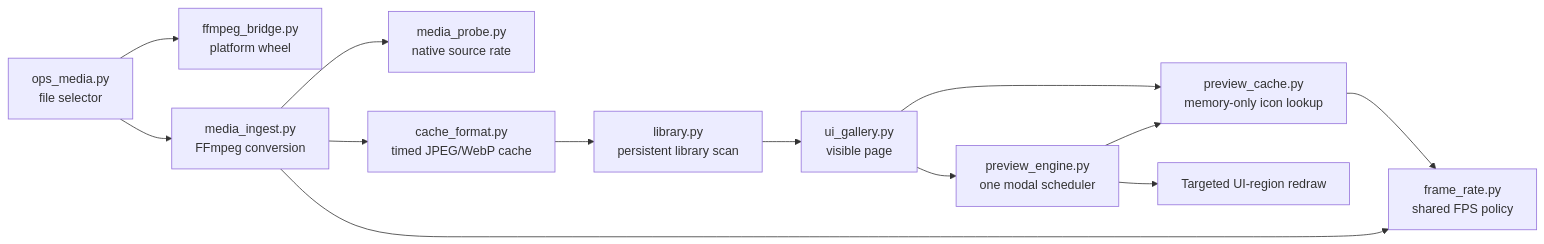
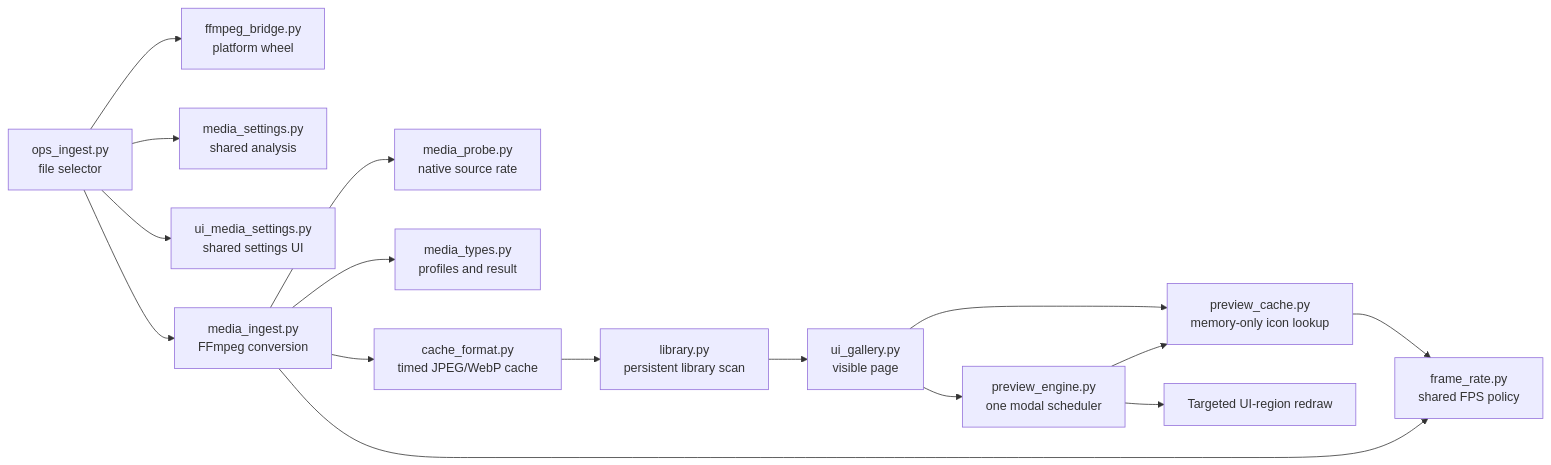
One commit to tdw46/blender-animated-ui changed the diagram in README.md. Above: the diagram before and after it, drawn with Mermaid. The commit also changed other lines of this file and 12 other files, not shown here.

````diff
--- a/README.md
+++ b/README.md
@@ -133,16 +147,19 @@
 ```mermaid
 flowchart LR
     UI["ui_gallery.py<br/>visible page"] --> PC["preview_cache.py<br/>memory-only icon lookup"]
     UI --> PE["preview_engine.py<br/>one modal scheduler"]
     PE --> PC
     PE --> R["Targeted UI-region redraw"]
     PC --> FPS["frame_rate.py<br/>shared FPS policy"]
 
-    OP["ops_media.py<br/>file selector"] --> FB["ffmpeg_bridge.py<br/>platform wheel"]
+    OP["ops_ingest.py<br/>file selector"] --> FB["ffmpeg_bridge.py<br/>platform wheel"]
+    OP --> MS["media_settings.py<br/>shared analysis"]
+    OP --> UIS["ui_media_settings.py<br/>shared settings UI"]
     OP --> MI["media_ingest.py<br/>FFmpeg conversion"]
     MI --> MP["media_probe.py<br/>native source rate"]
+    MI --> MT["media_types.py<br/>profiles and result"]
     MI --> FPS
     MI --> CF["cache_format.py<br/>timed JPEG/WebP cache"]
     CF --> LIB["library.py<br/>persistent library scan"]
     LIB --> UI
 ```
````
